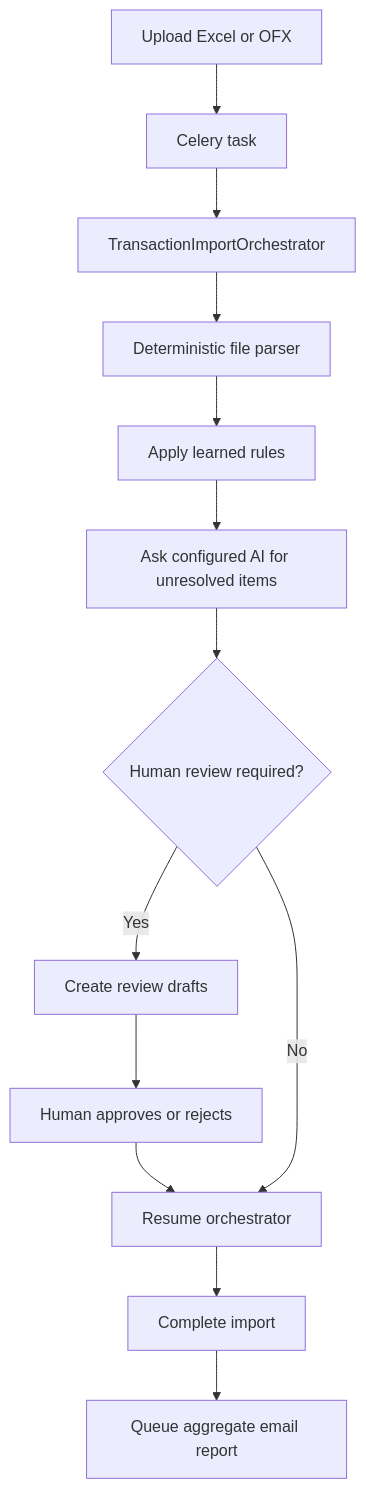
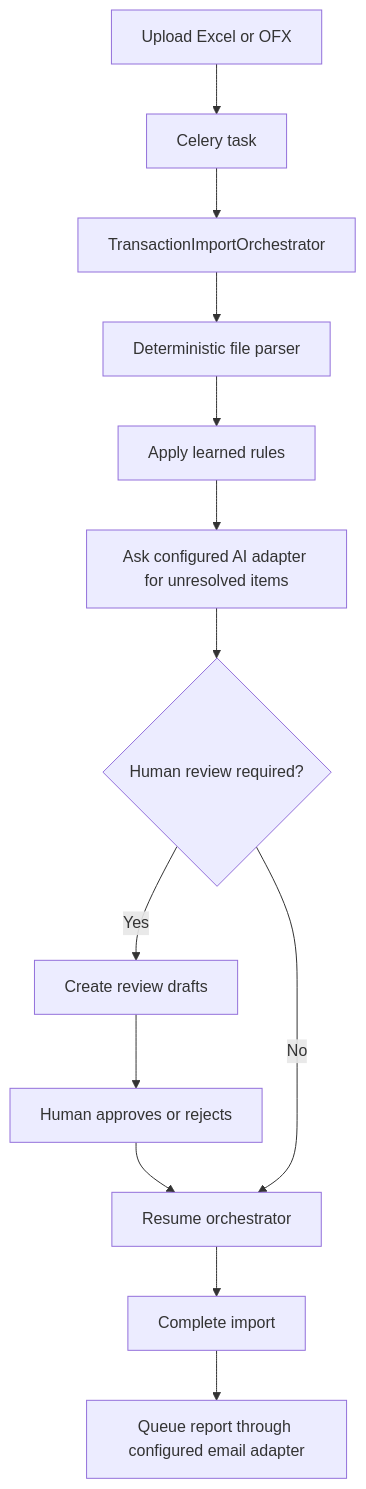
The diagram in README.md (caiomoura1994/django-simple-finance), drawn with Mermaid before and after one commit. The commit also changed other lines of this file and 9 other files, not shown here.

````diff
--- a/README.md
+++ b/README.md
@@ -25,15 +25,15 @@
 ```mermaid
 flowchart TD
     A[Upload Excel or OFX] --> B[Celery task]
     B --> C[TransactionImportOrchestrator]
     C --> D[Deterministic file parser]
     D --> E[Apply learned rules]
-    E --> F[Ask configured AI for unresolved items]
+    E --> F[Ask configured AI adapter for unresolved items]
     F --> G{Human review required?}
     G -->|Yes| H[Create review drafts]
     H --> I[Human approves or rejects]
     I --> J[Resume orchestrator]
     G -->|No| J
     J --> K[Complete import]
-    K --> L[Queue aggregate email report]
+    K --> L[Queue report through configured email adapter]
 ```
````
